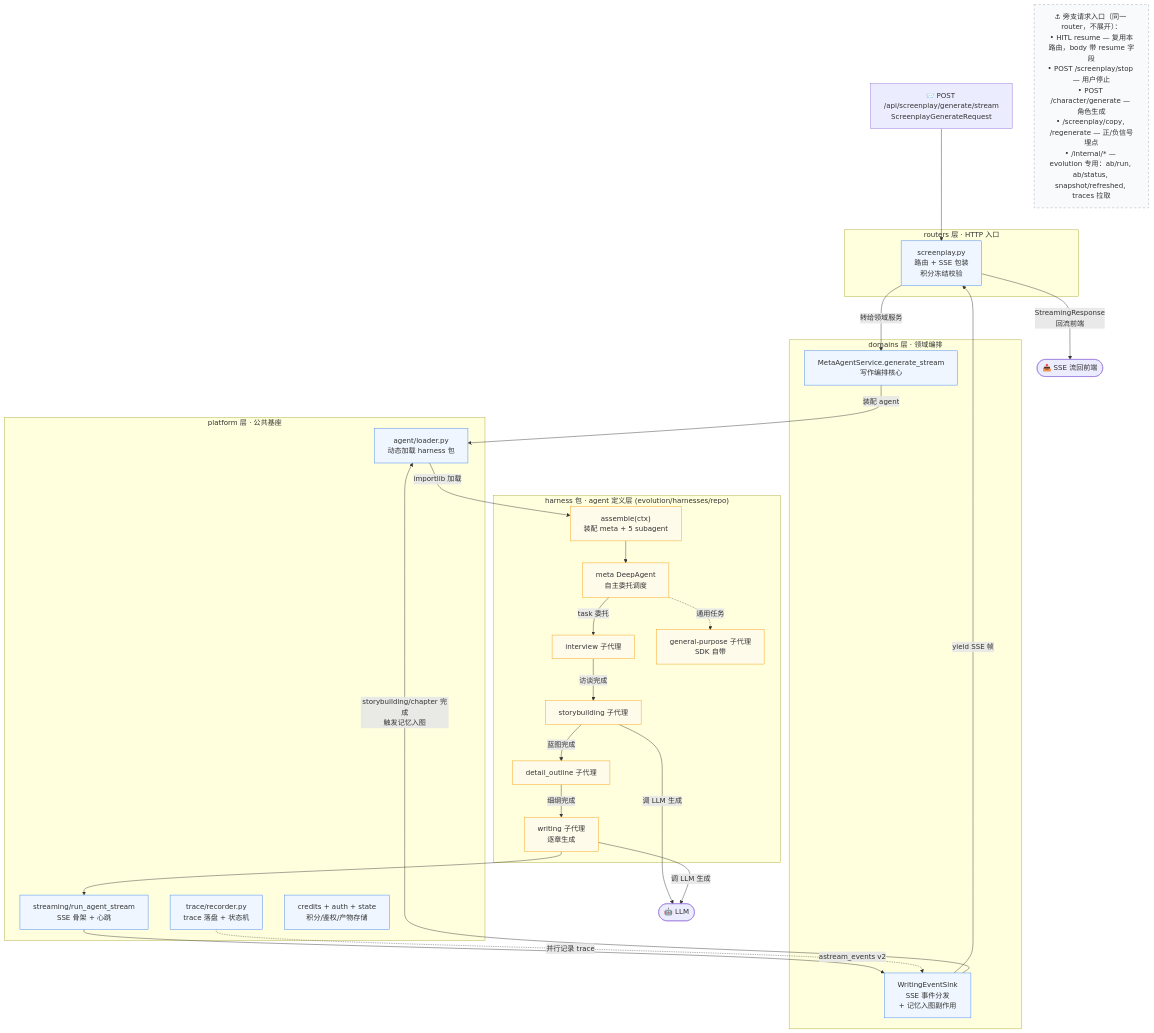
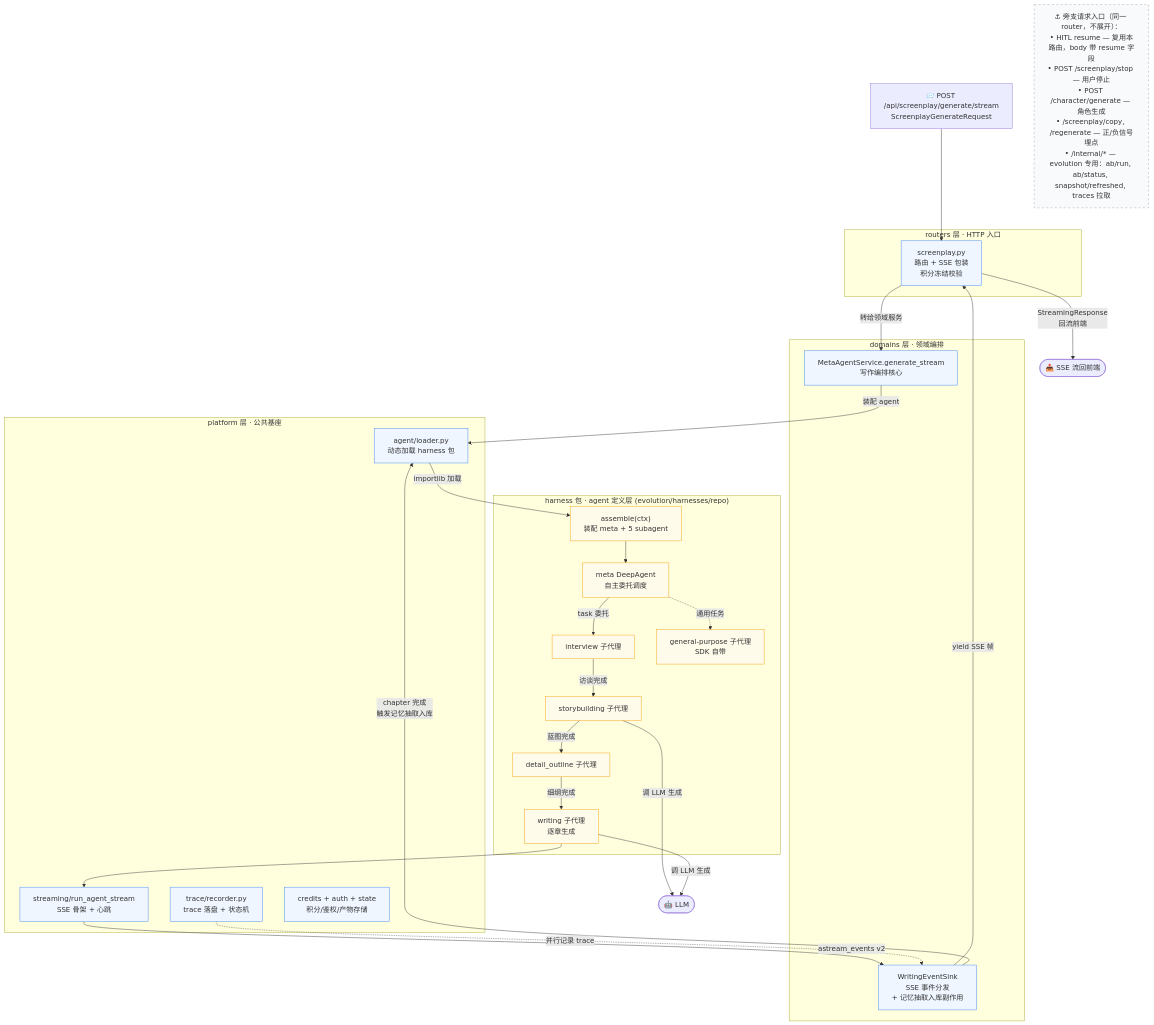
One commit to gaoshoupaper-code/EvoWriter changed the second of 8 diagrams in docs/系统心智模型.md. Above: the diagram before and after it, drawn with Mermaid. The commit also changed other lines of this file and 27 other files, not shown here.

First line of the commit message:
feat(memory): NWM 记忆系统重构 — 去 Graphiti，自研叙事学类型化记忆

````diff
--- a/docs/系统心智模型.md
+++ b/docs/系统心智模型.md
@@ -126,65 +126,65 @@
 ```mermaid
 flowchart TD
     Req["📨 POST /api/screenplay/generate/stream<br/>ScreenplayGenerateRequest"]
 
     subgraph L_Routers["routers 层 · HTTP 入口"]
         R1["screenplay.py<br/>路由 + SSE 包装<br/>积分冻结校验"]
     end
 
     subgraph L_Domains["domains 层 · 领域编排"]
         D1["MetaAgentService.generate_stream<br/>写作编排核心"]
-        D2["WritingEventSink<br/>SSE 事件分发<br/>+ 记忆入图副作用"]
+        D2["WritingEventSink<br/>SSE 事件分发<br/>+ 记忆抽取入库副作用"]
     end
 
     subgraph L_Platform["platform 层 · 公共基座"]
         P1["agent/loader.py<br/>动态加载 harness 包"]
         P2["streaming/run_agent_stream<br/>SSE 骨架 + 心跳"]
         P3["trace/recorder.py<br/>trace 落盘 + 状态机"]
         P4["credits + auth + state<br/>积分/鉴权/产物存储"]
     end
 
     subgraph L_Harness["harness 包 · agent 定义层 (evolution/harnesses/repo)"]
         H1["assemble(ctx)<br/>装配 meta + 5 subagent"]
         Meta["meta DeepAgent<br/>自主委托调度"]
         Sub1["interview 子代理"]
         Sub2["storybuilding 子代理"]
         Sub3["detail_outline 子代理"]
         Sub4["writing 子代理<br/>逐章生成"]
         Sub5["general-purpose 子代理<br/>SDK 自带"]
     end
 
     LLM(["🤖 LLM"])
 
     %% 主线
     Req --> R1
     R1 -->|"转给领域服务"| D1
     D1 -->|"装配 agent"| P1
     P1 -->|"importlib 加载"| H1
     H1 --> Meta
     Meta -->|"task 委托"| Sub1
     Sub1 -->|"访谈完成"| Sub2
     Sub2 -->|"蓝图完成"| Sub3
     Sub3 -->|"细纲完成"| Sub4
     Meta -.->|"通用任务"| Sub5
     Sub4 --> P2
     Sub2 & Sub4 -->|"调 LLM 生成"| LLM
 
     %% 回流
     P2 -->|"astream_events v2"| D2
     D2 -->|"yield SSE 帧"| R1
     P3 -.->|"并行记录 trace"| D2
-    D2 -->|"storybuilding/chapter 完成<br/>触发记忆入图"| P1
+    D2 -->|"chapter 完成<br/>触发记忆抽取入库"| P1
 
     R1 -->|"StreamingResponse<br/>回流前端"| Out(["📤 SSE 流回前端"])
 
     %% 旁支锚点
     Anchor["⚓ 旁支请求入口（同一 router，不展开）：<br/>• HITL resume — 复用本路由，body 带 resume 字段<br/>• POST /screenplay/stop — 用户停止<br/>• POST /character/generate — 角色生成<br/>• /screenplay/copy, /regenerate — 正/负信号埋点<br/>• /internal/* — evolution 专用：ab/run, ab/status, snapshot/refreshed, traces 拉取"]
 
     classDef layer fill:#eff6ff,stroke:#3b82f6
     classDef harness fill:#fffbeb,stroke:#f59e0b
     classDef anchor fill:#f9fafb,stroke:#9ca3af,stroke-dasharray: 5 5
 
     class R1,D1,D2,P1,P2,P3,P4 layer
     class H1,Meta,Sub1,Sub2,Sub3,Sub4,Sub5 harness
     class Anchor anchor
 ```
````
